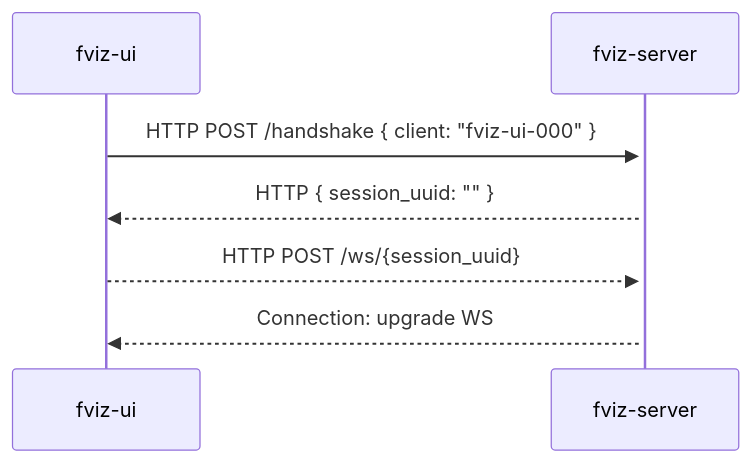
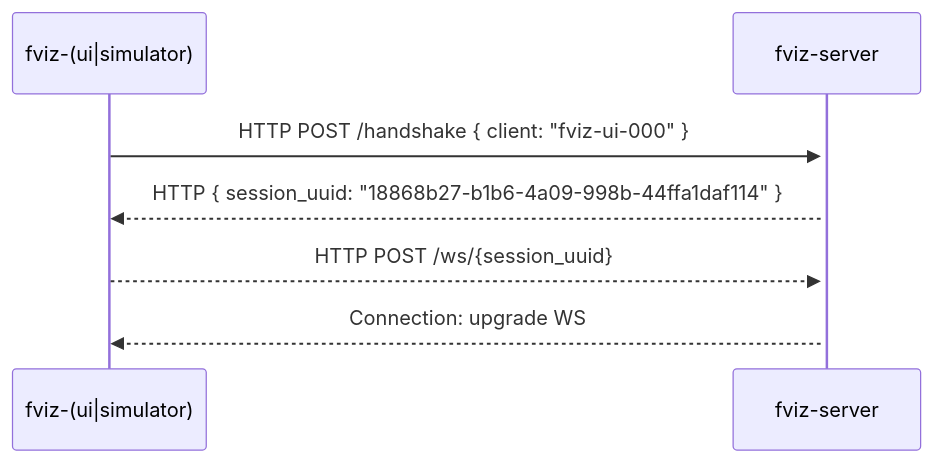
Before and after one commit to protiumx/fviz: the second of 2 diagrams in README.md, drawn with Mermaid. The commit also changed other lines of this file and 8 other files, not shown here.

First line of the commit message:
feat(fviz-simulator): init go project (#8)

````diff
--- a/README.md
+++ b/README.md
@@ -66,7 +68,7 @@
 ```mermaid
 sequenceDiagram
-    fviz-ui->>+fviz-server: HTTP POST /handshake { client: "fviz-ui-000" }
-    fviz-server-->>fviz-ui: HTTP { session_uuid: "" }
-    fviz-ui-->>fviz-server: HTTP POST /ws/{session_uuid}
-    fviz-server-->>fviz-ui: Connection: upgrade WS
+    fviz-(ui|simulator)->>+fviz-server: HTTP POST /handshake { client: "fviz-ui-000" }
+    fviz-server-->>fviz-(ui|simulator): HTTP { session_uuid: "18868b27-b1b6-4a09-998b-44ffa1daf114" }
+    fviz-(ui|simulator)-->>fviz-server: HTTP POST /ws/{session_uuid}
+    fviz-server-->>fviz-(ui|simulator): Connection: upgrade WS
 ```
````
